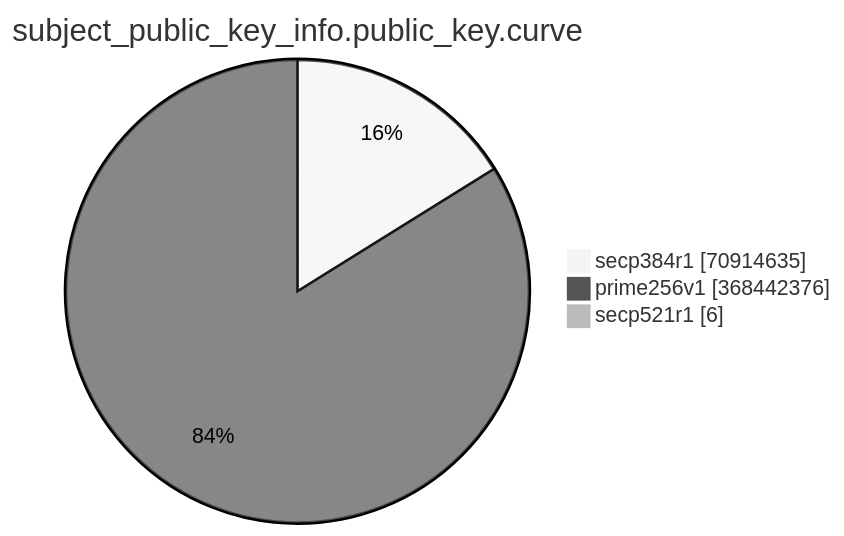
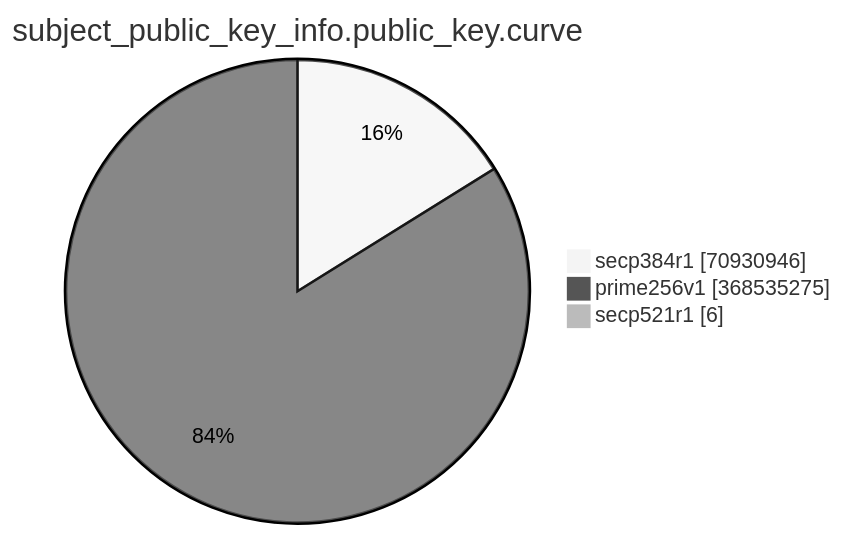
The eighth of 15 diagrams in TOTAL/README.md (christiankrug/ctmonitor_visualization), drawn with Mermaid (neutral theme) before and after one commit. The commit also changed other lines of this file, not shown here.

````diff
--- a/TOTAL/README.md
+++ b/TOTAL/README.md
@@ -3094,7 +3094,7 @@
 ```mermaid
 pie showData
 title subject_public_key_info.public_key.curve
-"secp384r1" :70914635
-"prime256v1" :368442376
+"secp384r1" :70930946
+"prime256v1" :368535275
 "secp521r1" :6
 ```
````
